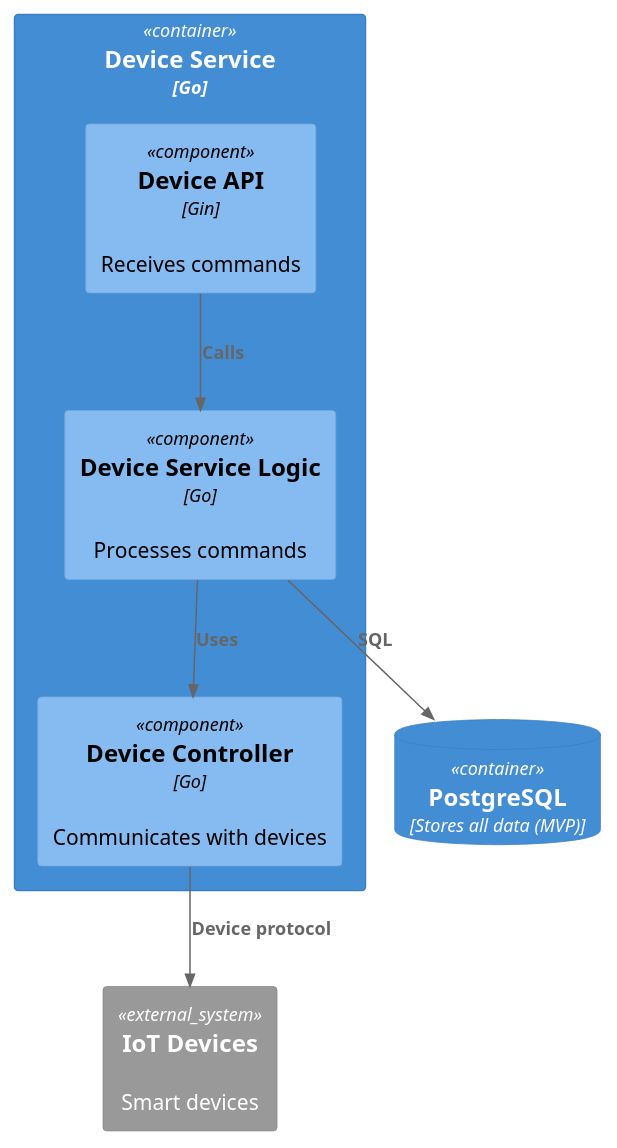
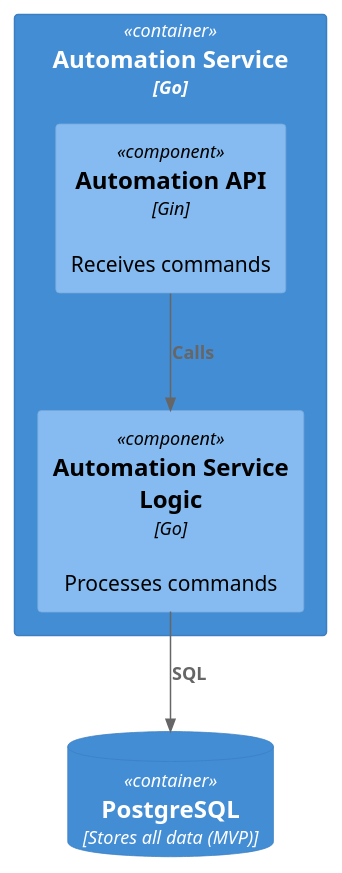
One commit to Moulten/architecture-warmhouse changed the diagram in apps/temperature-api/diagrams/AutomationComponents_C4.puml. Above: the diagram before and after it, drawn with PlantUML. The commit also changed 2 other files, not shown here.

```diff
--- a/apps/temperature-api/diagrams/AutomationComponents_C4.puml
+++ b/apps/temperature-api/diagrams/AutomationComponents_C4.puml
@@ -1,21 +1,17 @@
 @startuml
 top to bottom direction
 
 !include https://raw.githubusercontent.com/plantuml-stdlib/C4-PlantUML/master/C4_Component.puml
 !include https://raw.githubusercontent.com/plantuml-stdlib/C4-PlantUML/master/C4_Container.puml
 
-System_Ext(devices, "IoT Devices", "Smart devices")
 ContainerDb(db, "PostgreSQL", "Stores all data (MVP)")
 
-Container(deviceService, "Device Service", "Go") {
-    Component(api, "Device API", "Gin", "Receives commands")
-    Component(service, "Device Service Logic", "Go", "Processes commands")
-    Component(controller, "Device Controller", "Go", "Communicates with devices")
+Container(automationService, "Automation Service", "Go") {
+    Component(api, "Automation API", "Gin", "Receives commands")
+    Component(service, "Automation Service Logic", "Go", "Processes commands")
 }
 
 Rel(api, service, "Calls")
-Rel(service, controller, "Uses")
 Rel(service, db, "SQL")
-Rel(controller, devices, "Device protocol")
 
 @enduml
```
